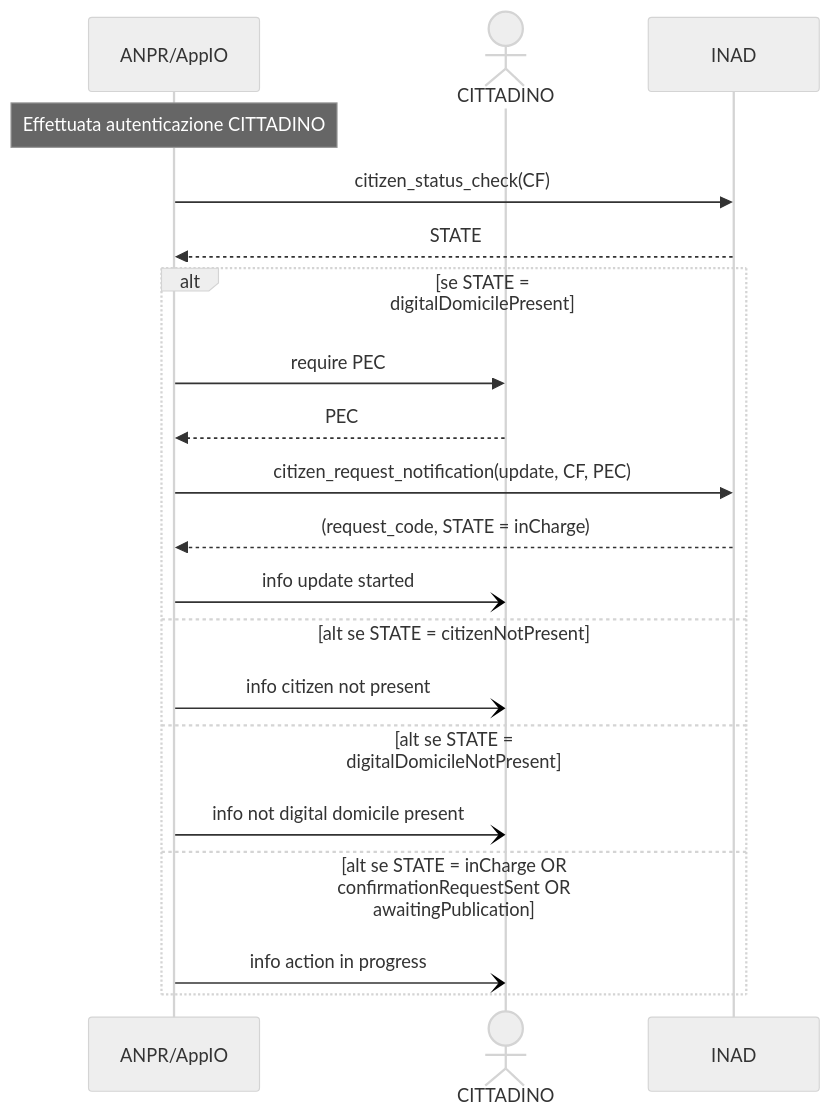
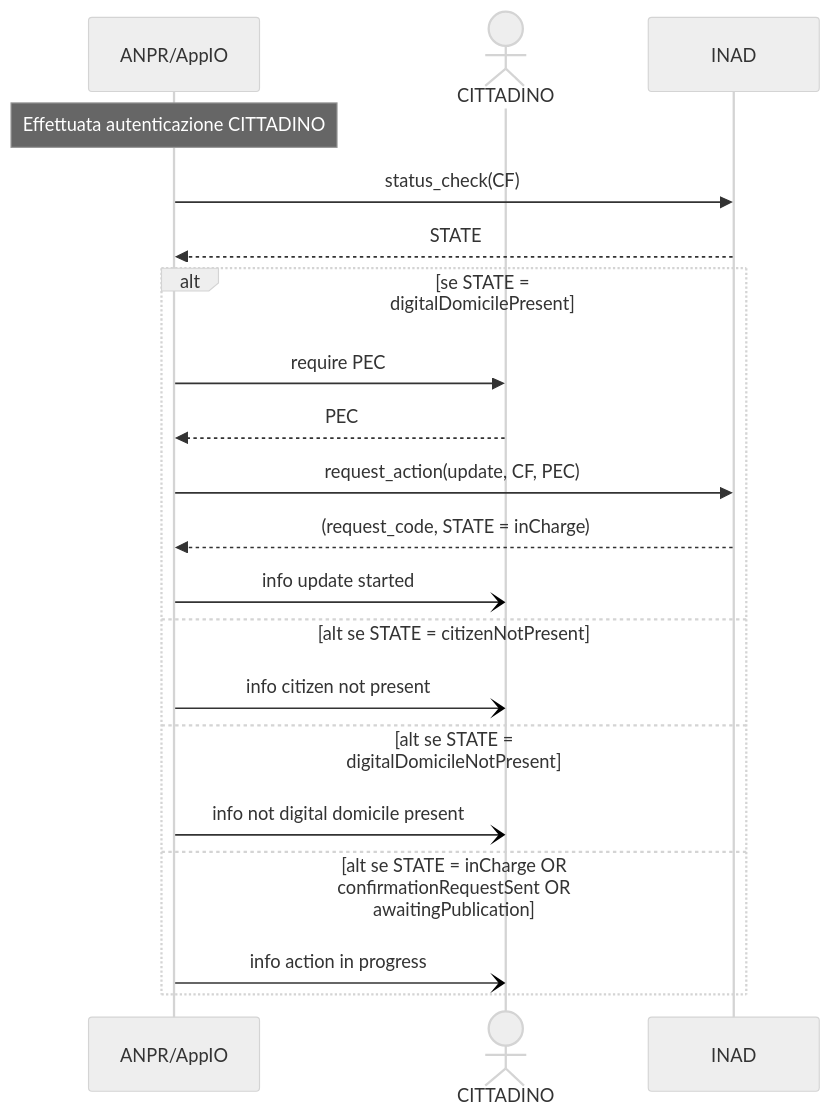
One commit to ioggstream/verify_integration_INAD_with_ANPR-IO changed the diagram in mermind/UC002.md. Above: the diagram before and after it, drawn with Mermaid (neutral theme). The commit also changed 11 other files, not shown here.

````diff
--- a/mermind/UC002.md
+++ b/mermind/UC002.md
@@ -3,31 +3,31 @@
 ```mermaid
 sequenceDiagram
   participant A as ANPR/AppIO
   actor C as CITTADINO
   participant I as INAD
 
   Note over A: Effettuata autenticazione CITTADINO
 
-  A ->> I: citizen_status_check(CF)
+  A ->> I: status_check(CF)
   I -->> A: STATE
 
   alt se STATE = digitalDomicilePresent 
     A ->> C: require PEC
     C -->> A: PEC
-    A ->> I: citizen_request_notification(update, CF, PEC)
+    A ->> I: request_action(update, CF, PEC)
     I -->> A: (request_code, STATE = inCharge)
     A -) C: info update started
 
   else alt se STATE = citizenNotPresent
     A -) C: info citizen not present
 
   else alt se STATE = digitalDomicileNotPresent
     A -) C: info not digital domicile present
 
   else alt se STATE = inCharge OR confirmationRequestSent OR awaitingPublication
     A -) C: info action in progress
 
   
   end
 
   ```
````
